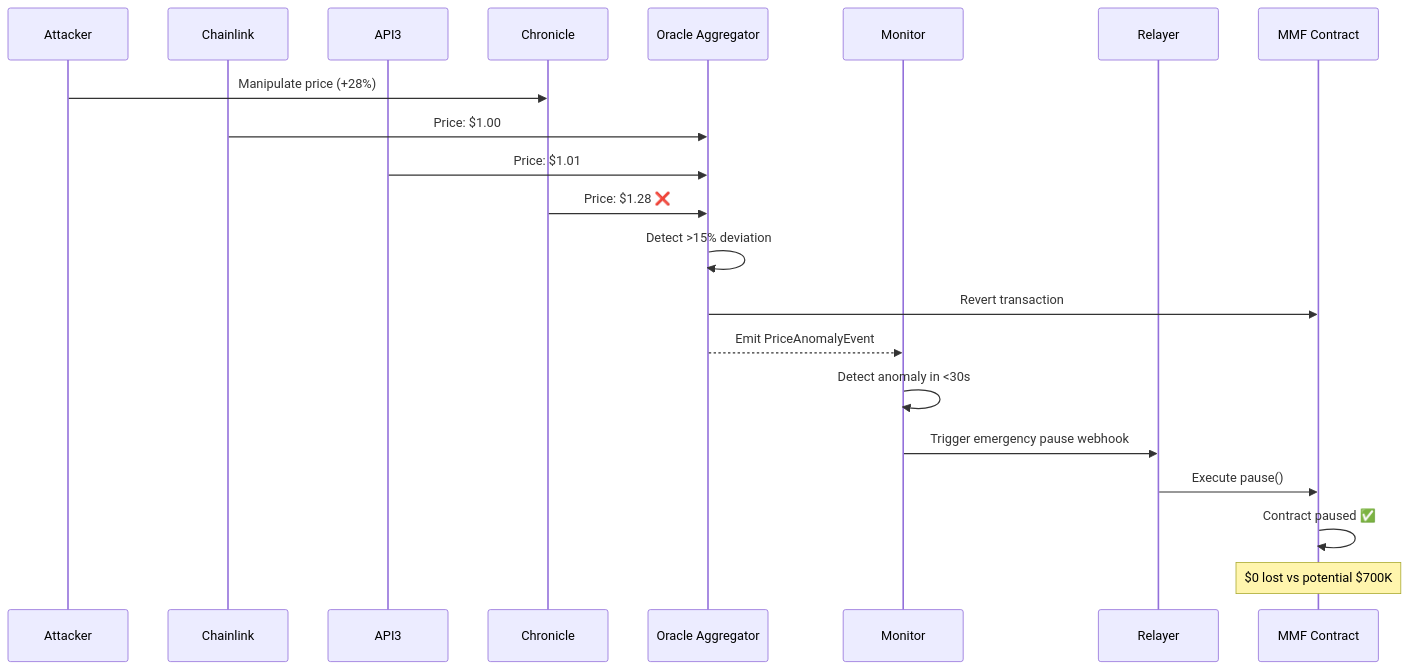
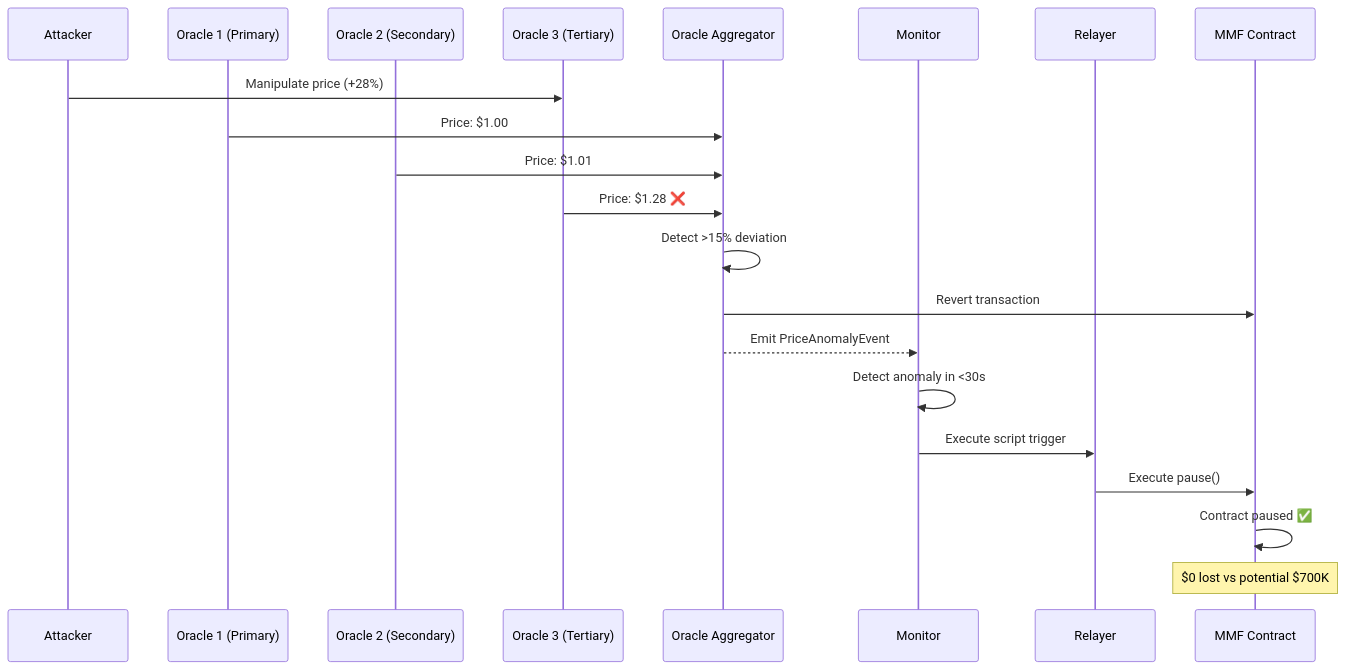
The second of 3 diagrams in deliverables/2/exercise-2-architecture-mermaid.md (nopslip/oz-work-trial), drawn with Mermaid before and after one commit. The commit also changed other lines of this file and 6 other files, not shown here.

First line of the commit message:
refactor: Update Exercise 2 for generic oracle approach and script triggers

````diff
--- a/deliverables/2/exercise-2-architecture-mermaid.md
+++ b/deliverables/2/exercise-2-architecture-mermaid.md
@@ -41,27 +41,27 @@
 ```mermaid
 sequenceDiagram
     participant Attacker
-    participant Oracle1 as Chainlink
-    participant Oracle2 as API3
-    participant Oracle3 as Chronicle
+    participant Oracle1 as Oracle 1 (Primary)
+    participant Oracle2 as Oracle 2 (Secondary)
+    participant Oracle3 as Oracle 3 (Tertiary)
     participant OA as Oracle Aggregator
     participant MON as Monitor
     participant REL as Relayer
     participant MMF as MMF Contract
     
     Attacker->>Oracle3: Manipulate price (+28%)
     Oracle1->>OA: Price: $1.00
     Oracle2->>OA: Price: $1.01
     Oracle3->>OA: Price: $1.28 ❌
     
     OA->>OA: Detect >15% deviation
     OA->>MMF: Revert transaction
     OA-->>MON: Emit PriceAnomalyEvent
     
     MON->>MON: Detect anomaly in <30s
-    MON->>REL: Trigger emergency pause webhook
+    MON->>REL: Execute script trigger
     REL->>MMF: Execute pause()
     MMF->>MMF: Contract paused ✅
     
     Note over MMF: $0 lost vs potential $700K
 ```
````
